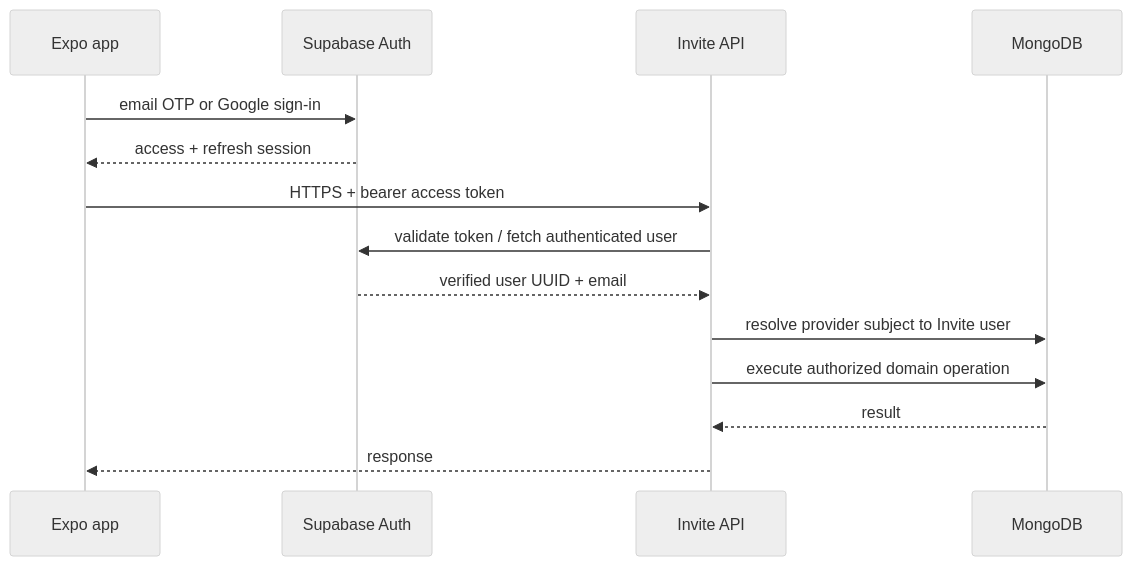
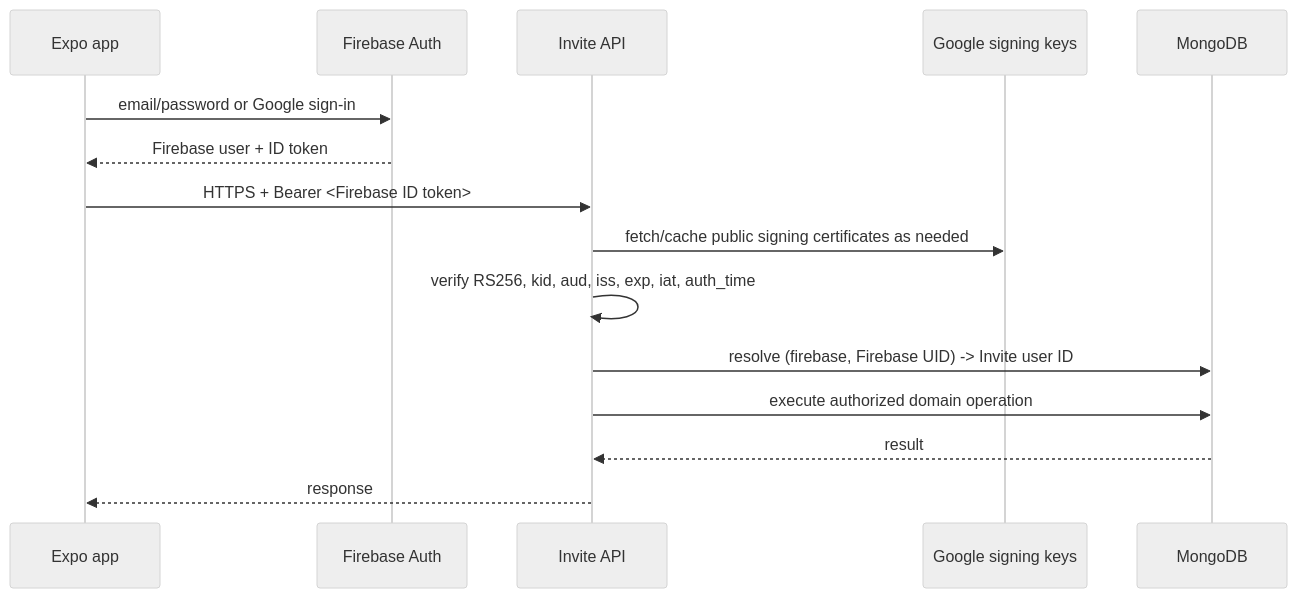
The second of 2 diagrams in docs/ARCHITECTURE.md (charifmahmoudi/Invite-someone-app), drawn with Mermaid (neutral theme) before and after one commit. The commit also changed other lines of this file, not shown here.

Commit message:
docs: update architecture for Firebase Auth

````diff
--- a/docs/ARCHITECTURE.md
+++ b/docs/ARCHITECTURE.md
@@ -157,17 +72,18 @@
 ```mermaid
 sequenceDiagram
   participant App as Expo app
-  participant Auth as Supabase Auth
+  participant Firebase as Firebase Auth
   participant API as Invite API
+  participant Google as Google signing keys
   participant DB as MongoDB
 
-  App->>Auth: email OTP or Google sign-in
-  Auth-->>App: access + refresh session
-  App->>API: HTTPS + bearer access token
-  API->>Auth: validate token / fetch authenticated user
-  Auth-->>API: verified user UUID + email
-  API->>DB: resolve provider subject to Invite user
+  App->>Firebase: email/password or Google sign-in
+  Firebase-->>App: Firebase user + ID token
+  App->>API: HTTPS + Bearer <Firebase ID token>
+  API->>Google: fetch/cache public signing certificates as needed
+  API->>API: verify RS256, kid, aud, iss, exp, iat, auth_time
+  API->>DB: resolve (firebase, Firebase UID) -> Invite user ID
   API->>DB: execute authorized domain operation
   DB-->>API: result
   API-->>App: response
 ```
````
